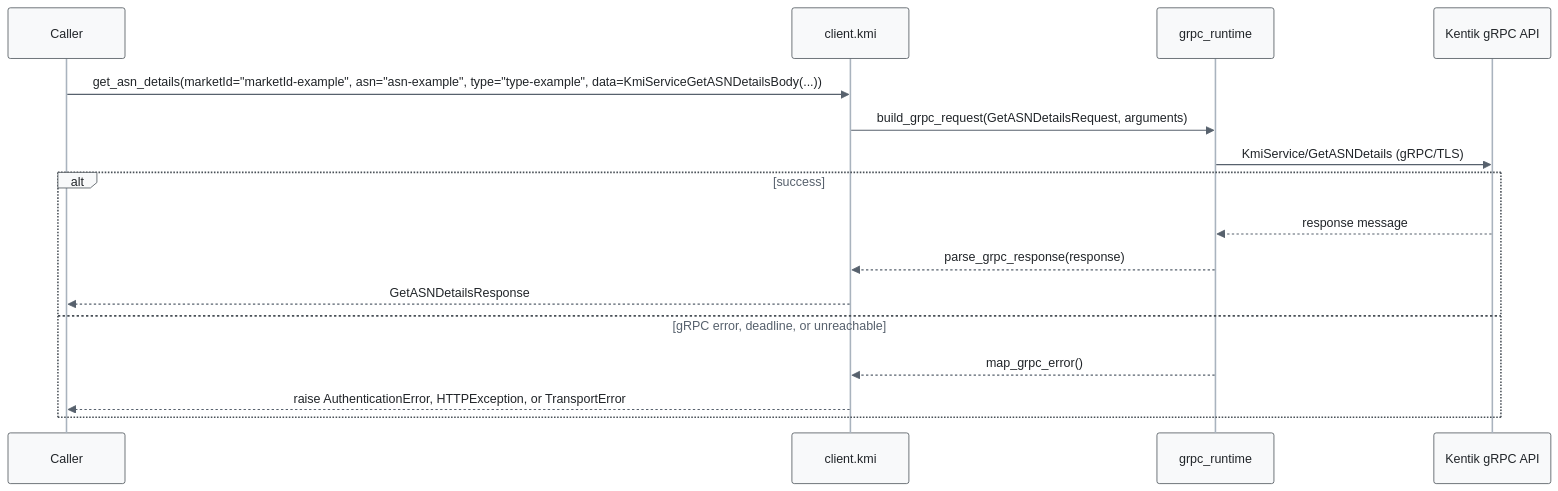
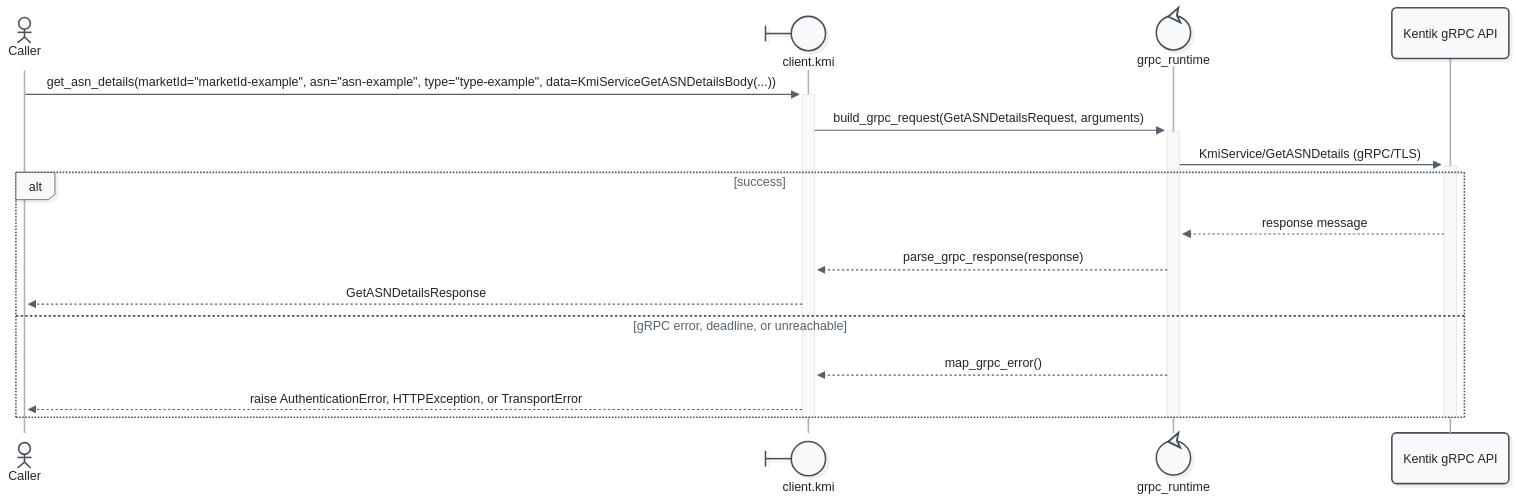
Before and after one commit to alexdearaujo/community_sdk_python: the sixth of 11 diagrams in docs/sphinx/services/kmi.md, drawn with Mermaid. The commit also changed other lines of this file and 52 other files, not shown here.

First line of the commit message:
docs: Mermaid 12 sequence diagrams with participant types and path colors

````diff
--- a/docs/sphinx/services/kmi.md
+++ b/docs/sphinx/services/kmi.md
@@ -220,20 +232,23 @@
 ```mermaid
-%%{init: {"theme": "base", "fontFamily": "ui-monospace, SFMono-Regular, Menlo, monospace", "themeVariables": {"fontFamily": "ui-monospace, SFMono-Regular, Menlo, monospace", "primaryColor": "#f8f9fa", "primaryBorderColor": "#495057", "primaryTextColor": "#212529", "textColor": "#212529", "lineColor": "#77818c", "edgeLabelBackground": "#ffffff", "actorBkg": "#f8f9fa", "actorBorder": "#495057", "actorTextColor": "#212529", "actorLineColor": "#a9b3be", "signalColor": "#57616d", "signalTextColor": "#212529", "labelBoxBkgColor": "#f8f9fa", "labelBoxBorderColor": "#495057", "labelTextColor": "#212529", "loopTextColor": "#57616d", "noteBkgColor": "#fff9db", "noteBorderColor": "#f08c00", "noteTextColor": "#a35a00"}, "flowchart": {"curve": "step", "nodeSpacing": 30, "rankSpacing": 70, "wrappingWidth": 400}}}%%
+%%{init: {"theme": "redux", "look": "neo", "layout": "dagre", "fontFamily": "ui-monospace, SFMono-Regular, Menlo, monospace", "themeVariables": {"fontFamily": "ui-monospace, SFMono-Regular, Menlo, monospace", "primaryColor": "#f8f9fa", "primaryBorderColor": "#495057", "primaryTextColor": "#212529", "textColor": "#212529", "lineColor": "#77818c", "edgeLabelBackground": "#ffffff", "actorBkg": "#f8f9fa", "actorBorder": "#495057", "actorTextColor": "#212529", "actorLineColor": "#a9b3be", "signalColor": "#57616d", "signalTextColor": "#212529", "labelBoxBkgColor": "#f8f9fa", "labelBoxBorderColor": "#495057", "labelTextColor": "#212529", "loopTextColor": "#57616d", "noteBkgColor": "#fff9db", "noteBorderColor": "#f08c00", "noteTextColor": "#a35a00"}, "sequence": {"activationWidth": 16}, "flowchart": {"curve": "step", "nodeSpacing": 30, "rankSpacing": 70, "wrappingWidth": 400}}}%%
 sequenceDiagram
-    participant C as Caller
-    participant W as client.kmi
-    participant R as grpc_runtime
+    actor C as Caller
+    participant W@{ "type": "boundary" } as client.kmi
+    participant R@{ "type": "control" } as grpc_runtime
     participant API as Kentik gRPC API
 
-    C->>W: get_asn_details(marketId="marketId-example", asn="asn-example", type="type-example", data=KmiServiceGetASNDetailsBody(...))
-    W->>R: build_grpc_request(GetASNDetailsRequest, arguments)
-    R->>API: KmiService/GetASNDetails (gRPC/TLS)
+    C->>+W: get_asn_details(marketId="marketId-example", asn="asn-example", type="type-example", data=KmiServiceGetASNDetailsBody(...))
+    W->>+R: build_grpc_request(GetASNDetailsRequest, arguments)
+    R->>+API: KmiService/GetASNDetails (gRPC/TLS)
     alt success
         API-->>R: response message
         R-->>W: parse_grpc_response(response)
         W-->>C: GetASNDetailsResponse
     else gRPC error, deadline, or unreachable
         R-->>W: map_grpc_error()
         W-->>C: raise AuthenticationError, HTTPException, or TransportError
     end
+    deactivate API
+    deactivate R
+    deactivate W
 ```
````
